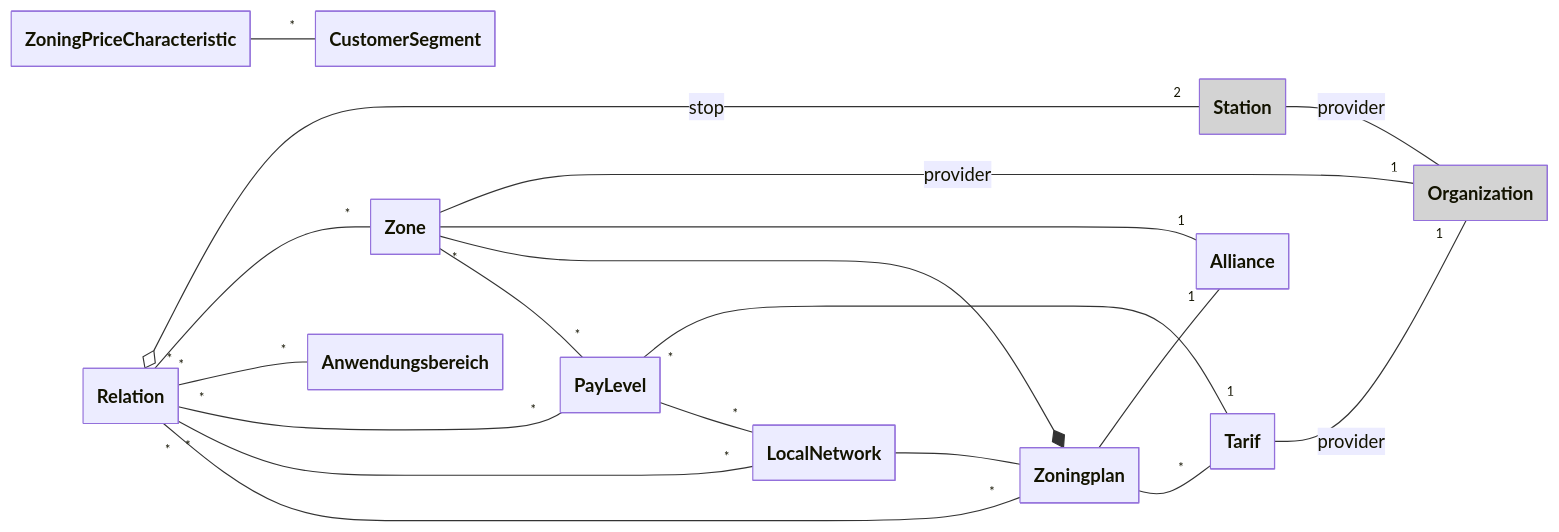
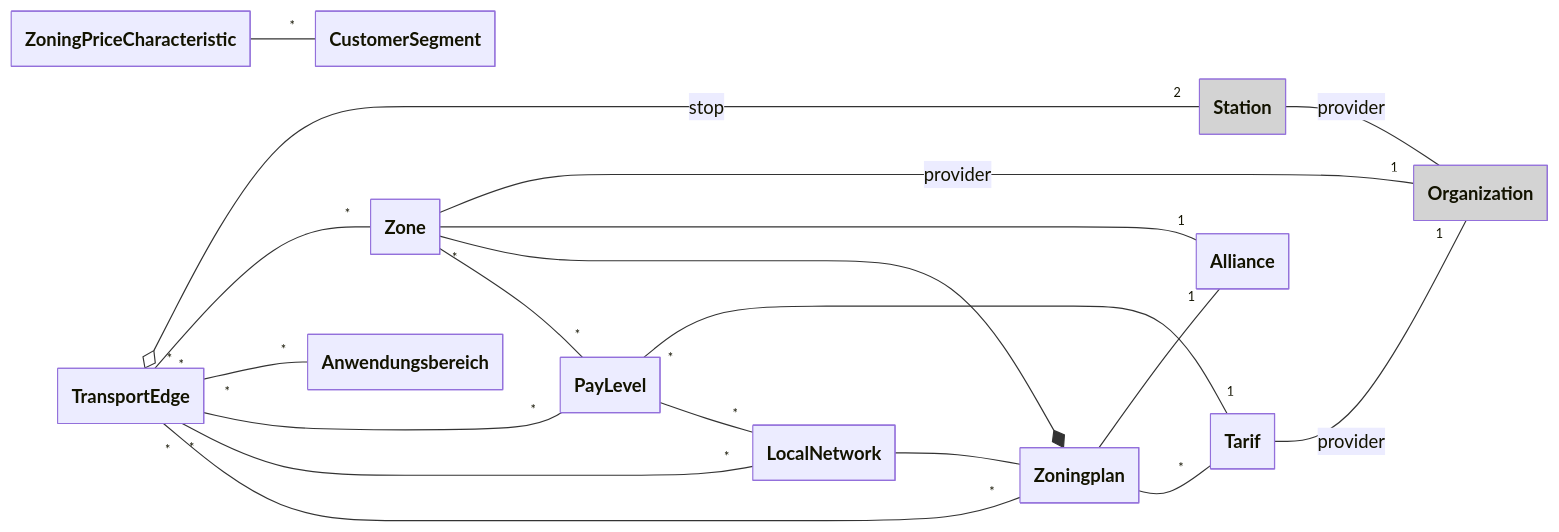
One commit to zazuko/opentransportdata-swiss changed the second of 3 diagrams in datamodel.md. Above: the diagram before and after it, drawn with Mermaid. The commit also changed other lines of this file and 18 other files, not shown here.

First line of the commit message:
schema refactoring

````diff
--- a/datamodel.md
+++ b/datamodel.md
@@ -33,37 +33,37 @@
 ```mermaid
 ---
   config:
     class:
       hideEmptyMembersBox: true
 ---
 classDiagram
     direction LR
     
     LocalNetwork -- Zoningplan
     
     Zoningplan -- "1" Alliance
     Zoningplan -- "*" Tarif
     
     Zone -- "1" Organization : provider
     Zone -- "1" Alliance
     Zone "*" --* Zoningplan
     Zone -- "*" PayLevel
 
     PayLevel "*" -- "1" Tarif
     PayLevel -- "*" LocalNetwork
     Tarif -- "1" Organization : provider
 
     ZoningPriceCharacteristic -- "*" CustomerSegment
     
-    Relation "*" o-- "2" Station : stop
-    Relation "*" -- "*" Zone
-    Relation "*" -- "*" Anwendungsbereich
-    Relation -- "*" PayLevel
-    Relation "*" -- "*" LocalNetwork
-    Relation "*" -- "*" Zoningplan
+    TransportEdge "*" o-- "2" Station : stop
+    TransportEdge "*" -- "*" Zone
+    TransportEdge "*" -- "*" Anwendungsbereich
+    TransportEdge -- "*" PayLevel
+    TransportEdge "*" -- "*" LocalNetwork
+    TransportEdge "*" -- "*" Zoningplan
 
     Station -- Organization : provider
 
     style Station fill:lightgray
     style Organization fill:lightgray
 ```
````
